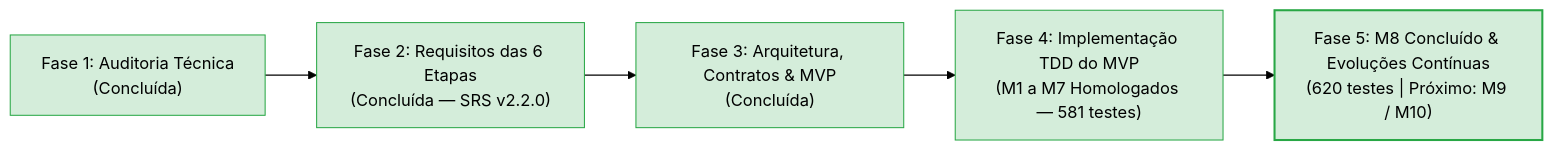
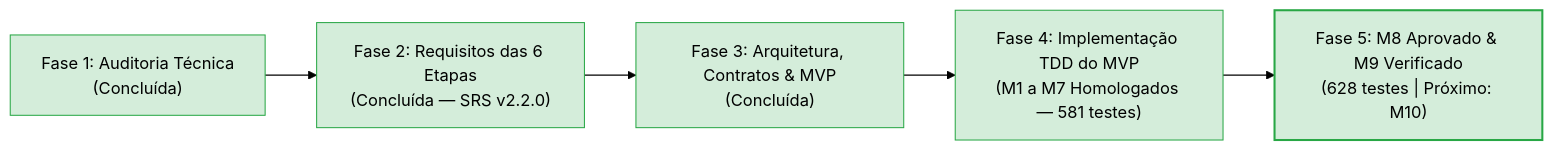
Before and after one commit to aleerangel/experimental-ml-framework: the diagram in docs/engenharia_software/ETAPA_ATUAL_ENGENHARIA.md, drawn with Mermaid (forest theme). The commit also changed other lines of this file and 3 other files, not shown here.

````diff
--- a/docs/engenharia_software/ETAPA_ATUAL_ENGENHARIA.md
+++ b/docs/engenharia_software/ETAPA_ATUAL_ENGENHARIA.md
@@ -23,13 +23,13 @@
 ```mermaid
 flowchart LR
     Fase1["Fase 1: Auditoria Técnica<br/>(Concluída)"] --> Fase2["Fase 2: Requisitos das 6 Etapas<br/>(Concluída — SRS v2.2.0)"]
     Fase2 --> Fase3["Fase 3: Arquitetura, Contratos & MVP<br/>(Concluída)"]
     Fase3 --> Fase4["Fase 4: Implementação TDD do MVP<br/>(M1 a M7 Homologados — 581 testes)"]
-    Fase4 --> Fase5["Fase 5: M8 Concluído & Evoluções Contínuas<br/>(620 testes | Próximo: M9 / M10)"]
+    Fase4 --> Fase5["Fase 5: M8 Aprovado & M9 Verificado<br/>(628 testes | Próximo: M10)"]
     
     style Fase1 fill:#d4edda,stroke:#28a745
     style Fase2 fill:#d4edda,stroke:#28a745
     style Fase3 fill:#d4edda,stroke:#28a745
     style Fase4 fill:#d4edda,stroke:#28a745
     style Fase5 fill:#d4edda,stroke:#28a745,stroke-width:2px
 ```
````
